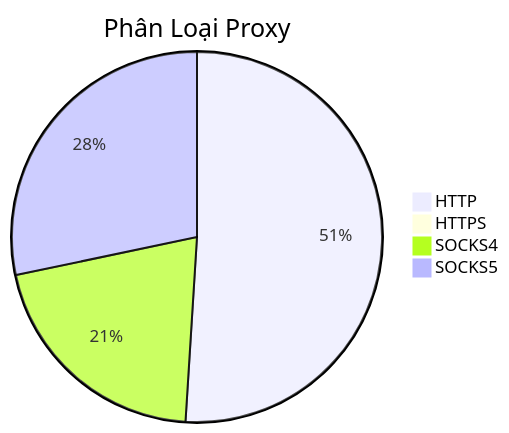
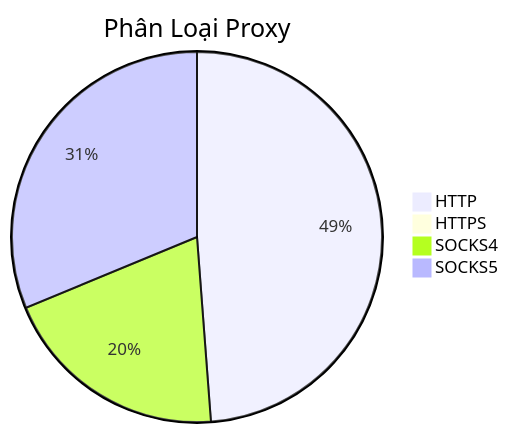
One commit to Ciara-12/PROXY-free changed the diagram in README.md. Above: the diagram before and after it, drawn with Mermaid. The commit also changed other lines of this file and 4 other files, not shown here.

````diff
--- a/README.md
+++ b/README.md
@@ -26,7 +26,7 @@
 ```mermaid
 pie title Phân Loại Proxy
-    "HTTP" : 618
-    "HTTPS" : 1
-    "SOCKS4" : 251
-    "SOCKS5" : 343
+    "HTTP" : 467
+    "HTTPS" : 0
+    "SOCKS4" : 191
+    "SOCKS5" : 299
 ```
````
